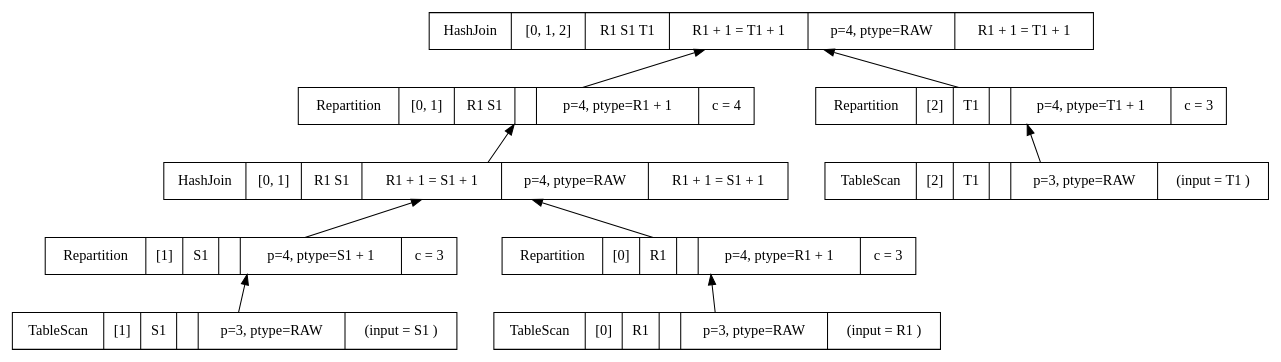
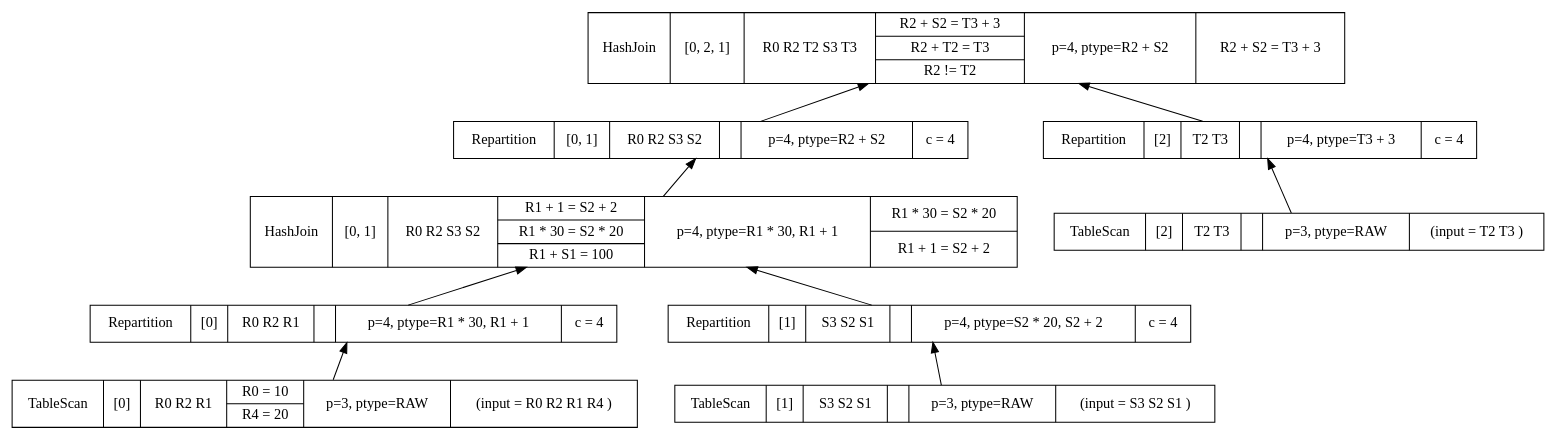
Before and after one commit to adarshpannu/kona: the diagram in lop.dot, drawn with Graphviz. The commit also changed 22 other files, not shown here.

```diff
--- a/lop.dot
+++ b/lop.dot
@@ -1,23 +1,23 @@
 digraph example1 {
     node [shape=record];
     rankdir=BT;
     nodesep=0.5;
     ordering="in";
-    lopkeyLOPKey8v1 -> lopkeyLOPKey9v1;
-    lopkeyLOPKey6v1 -> lopkeyLOPKey8v1;
+    lopkeyLOPKey7v1 -> lopkeyLOPKey9v1;
+    lopkeyLOPKey6v1 -> lopkeyLOPKey7v1;
+    lopkeyLOPKey4v1 -> lopkeyLOPKey6v1;
+    lopkeyLOPKey1v1 -> lopkeyLOPKey4v1;
+    lopkeyLOPKey1v1[label="TableScan|[0]|R0 R2 R1 |{R0 = 10|R4 = 20}|p=3, ptype=RAW|(input = R0 R2 R1 R4 )"];
+    lopkeyLOPKey4v1[label="Repartition|[0]|R0 R2 R1 |{}|p=4, ptype=R1 * 30, R1 + 1|c = 4"];
     lopkeyLOPKey5v1 -> lopkeyLOPKey6v1;
     lopkeyLOPKey2v1 -> lopkeyLOPKey5v1;
-    lopkeyLOPKey2v1[label="TableScan|[1]|S1 |{}|p=3, ptype=RAW|(input = S1 )"];
-    lopkeyLOPKey5v1[label="Repartition|[1]|S1 |{}|p=4, ptype=S1 + 1|c = 3"];
-    lopkeyLOPKey4v1 -> lopkeyLOPKey6v1;
-    lopkeyLOPKey1v1 -> lopkeyLOPKey4v1;
-    lopkeyLOPKey1v1[label="TableScan|[0]|R1 |{}|p=3, ptype=RAW|(input = R1 )"];
-    lopkeyLOPKey4v1[label="Repartition|[0]|R1 |{}|p=4, ptype=R1 + 1|c = 3"];
-    lopkeyLOPKey6v1[label="HashJoin|[0, 1]|R1 S1 |{R1 + 1 = S1 + 1}|p=4, ptype=RAW|{R1 + 1 = S1 + 1}"];
-    lopkeyLOPKey8v1[label="Repartition|[0, 1]|R1 S1 |{}|p=4, ptype=R1 + 1|c = 4"];
-    lopkeyLOPKey7v1 -> lopkeyLOPKey9v1;
-    lopkeyLOPKey3v1 -> lopkeyLOPKey7v1;
-    lopkeyLOPKey3v1[label="TableScan|[2]|T1 |{}|p=3, ptype=RAW|(input = T1 )"];
-    lopkeyLOPKey7v1[label="Repartition|[2]|T1 |{}|p=4, ptype=T1 + 1|c = 3"];
-    lopkeyLOPKey9v1[label="HashJoin|[0, 1, 2]|R1 S1 T1 |{R1 + 1 = T1 + 1}|p=4, ptype=RAW|{R1 + 1 = T1 + 1}"];
+    lopkeyLOPKey2v1[label="TableScan|[1]|S3 S2 S1 |{}|p=3, ptype=RAW|(input = S3 S2 S1 )"];
+    lopkeyLOPKey5v1[label="Repartition|[1]|S3 S2 S1 |{}|p=4, ptype=S2 * 20, S2 + 2|c = 4"];
+    lopkeyLOPKey6v1[label="HashJoin|[0, 1]|R0 R2 S3 S2 |{R1 + 1 = S2 + 2|R1 * 30 = S2 * 20|R1 + S1 = 100}|p=4, ptype=R1 * 30, R1 + 1|{R1 * 30 = S2 * 20|R1 + 1 = S2 + 2}"];
+    lopkeyLOPKey7v1[label="Repartition|[0, 1]|R0 R2 S3 S2 |{}|p=4, ptype=R2 + S2|c = 4"];
+    lopkeyLOPKey8v1 -> lopkeyLOPKey9v1;
+    lopkeyLOPKey3v1 -> lopkeyLOPKey8v1;
+    lopkeyLOPKey3v1[label="TableScan|[2]|T2 T3 |{}|p=3, ptype=RAW|(input = T2 T3 )"];
+    lopkeyLOPKey8v1[label="Repartition|[2]|T2 T3 |{}|p=4, ptype=T3 + 3|c = 4"];
+    lopkeyLOPKey9v1[label="HashJoin|[0, 2, 1]|R0 R2 T2 S3 T3 |{R2 + S2 = T3 + 3|R2 + T2 = T3|R2 != T2}|p=4, ptype=R2 + S2|{R2 + S2 = T3 + 3}"];
 }
```
